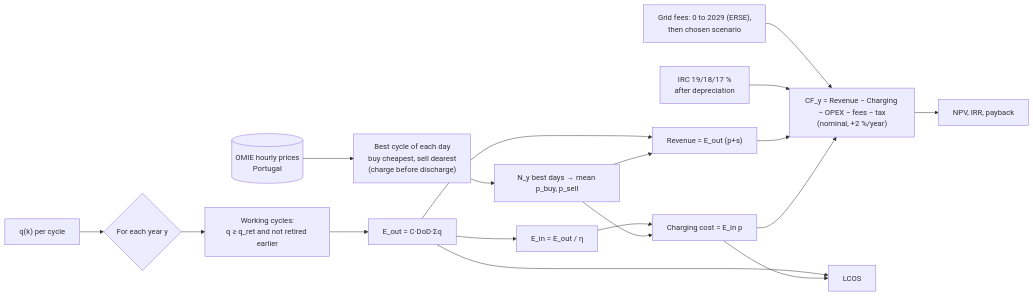
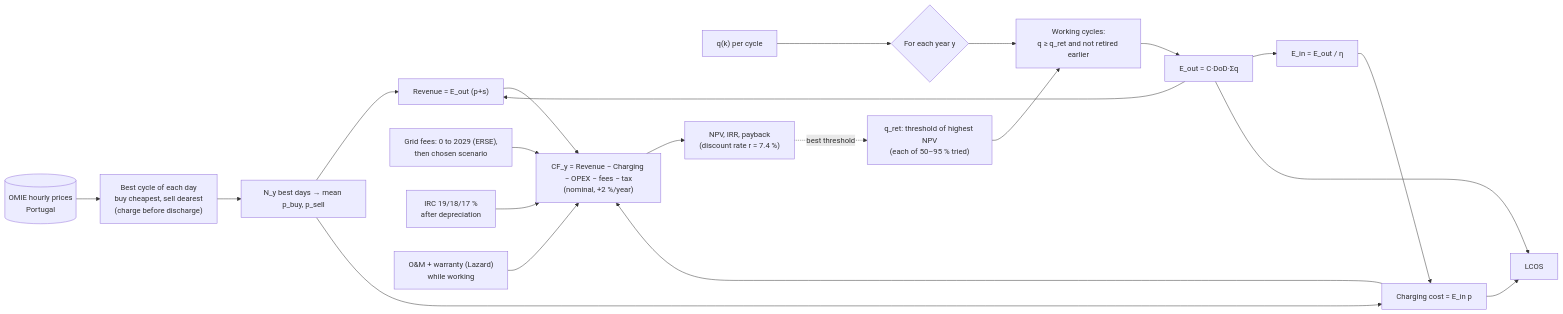
One commit to TheJohn01/DigitalTwinBattery changed the eighth of 12 diagrams in README.md. Above: the diagram before and after it, drawn with Mermaid. The commit also changed other lines of this file and 5 other files, not shown here.

First line of the commit message:
README diagrams: add missing steps and figures, fix order

````diff
--- a/README.md
+++ b/README.md
@@ -1231,20 +1264,23 @@
 ```mermaid
 flowchart LR
     PR[("OMIE hourly prices<br/>Portugal")] --> DA["Best cycle of each day<br/>buy cheapest, sell dearest<br/>(charge before discharge)"]
     DA --> SEL["N_y best days → mean p_buy, p_sell"]
     Q["q(k) per cycle"] --> Y{"For each year y"}
+    RET["q_ret: threshold of highest NPV<br/>(each of 50–95 % tried)"] --> W
     Y --> W["Working cycles:<br/>q ≥ q_ret and not retired earlier"]
     W --> EO["E_out = C·DoD·Σq"]
     EO --> EI["E_in = E_out / η"]
     EO --> R["Revenue = E_out (p+s)"]
     EI --> CC["Charging cost = E_in p"]
     SEL --> R
     SEL --> CC
     FEE["Grid fees: 0 to 2029 (ERSE),<br/>then chosen scenario"] --> CF
     TAX["IRC 19/18/17 %<br/>after depreciation"] --> CF
+    OM["O&M + warranty (Lazard)<br/>while working"] --> CF
     R --> CF["CF_y = Revenue − Charging − OPEX − fees − tax<br/>(nominal, +2 %/year)"]
     CC --> CF
-    CF --> NPV["NPV, IRR, payback"]
+    CF --> NPV["NPV, IRR, payback<br/>(discount rate r = 7.4 %)"]
+    NPV -. "best threshold" .-> RET
     EO --> LCOS["LCOS"]
     CC --> LCOS
 ```
````
